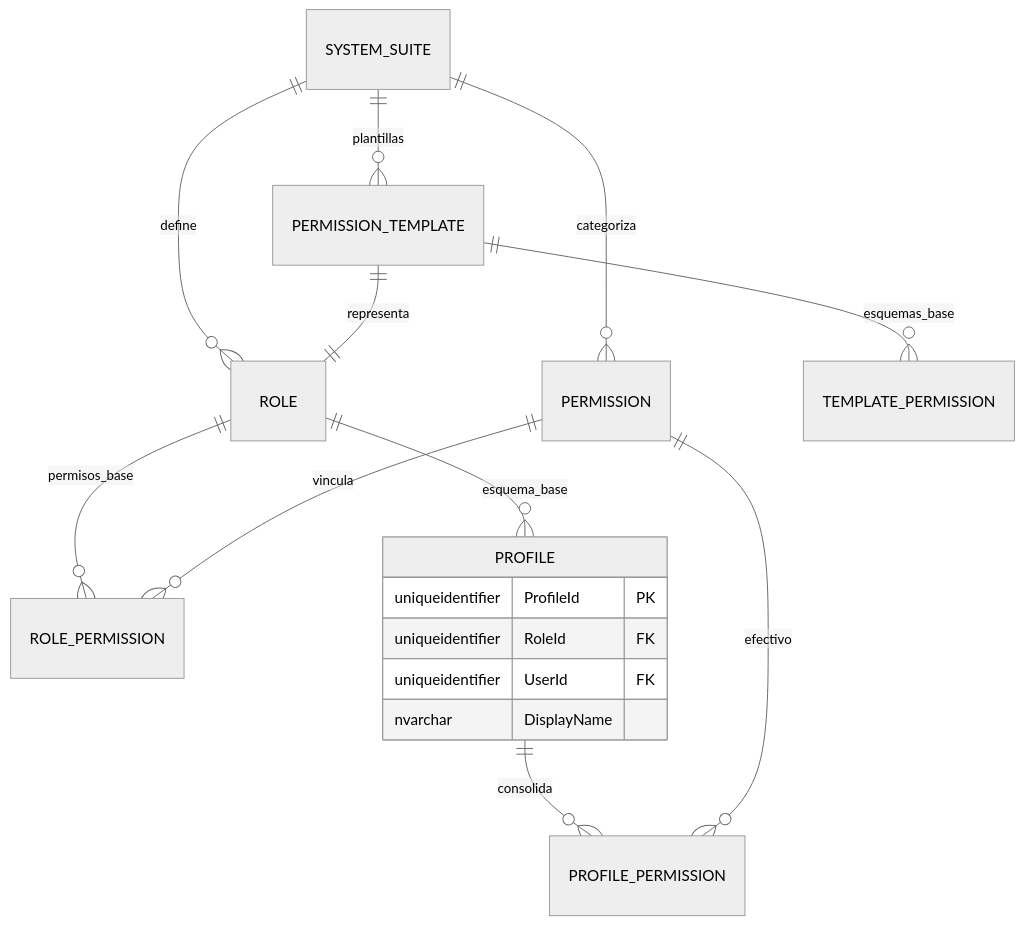
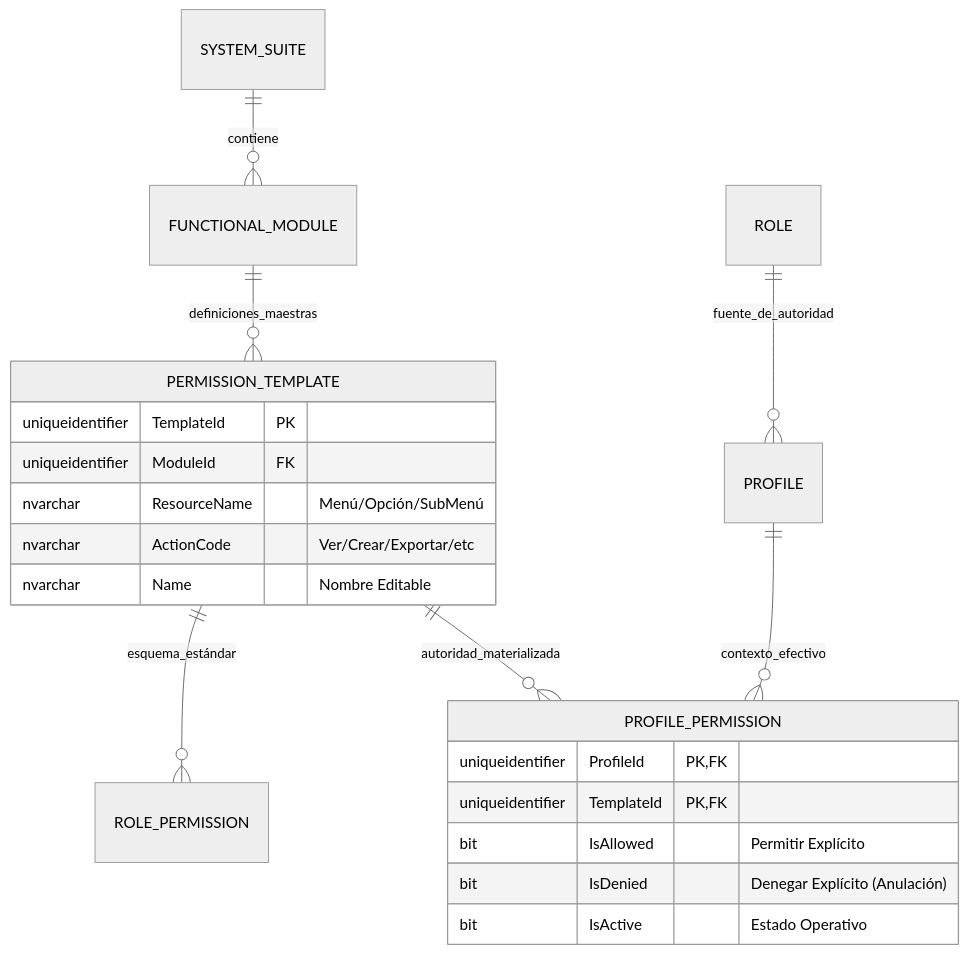
Before and after one commit to beyondnetcode/ums: the second of 4 diagrams in architecture/blueprints-es/database-design-er.md, drawn with Mermaid (neutral theme). The commit also changed other lines of this file and 5 other files, not shown here.

````diff
--- a/architecture/blueprints-es/database-design-er.md
+++ b/architecture/blueprints-es/database-design-er.md
@@ -93,24 +60,27 @@
 ```mermaid
 erDiagram
-    SYSTEM_SUITE ||--o{ ROLE : "define"
-    SYSTEM_SUITE ||--o{ PERMISSION : "categoriza"
-    SYSTEM_SUITE ||--o{ PERMISSION_TEMPLATE : "plantillas"
+    SYSTEM_SUITE ||--o{ FUNCTIONAL_MODULE : "contiene"
+    FUNCTIONAL_MODULE ||--o{ PERMISSION_TEMPLATE : "definiciones_maestras"
     
-    PERMISSION_TEMPLATE ||--o{ TEMPLATE_PERMISSION : "esquemas_base"
-    PERMISSION_TEMPLATE ||--|| ROLE : "representa"
+    PERMISSION_TEMPLATE ||--o{ ROLE_PERMISSION : "esquema_estándar"
+    PERMISSION_TEMPLATE ||--o{ PROFILE_PERMISSION : "autoridad_materializada"
     
-    ROLE ||--o{ ROLE_PERMISSION : "permisos_base"
-    ROLE ||--o{ PROFILE : "esquema_base"
+    PROFILE ||--o{ PROFILE_PERMISSION : "contexto_efectivo"
+    ROLE ||--o{ PROFILE : "fuente_de_autoridad"
     
-    PROFILE ||--o{ PROFILE_PERMISSION : "consolida"
+    PERMISSION_TEMPLATE {
+        uniqueidentifier TemplateId PK
+        uniqueidentifier ModuleId FK
+        nvarchar ResourceName "Menú/Opción/SubMenú"
+        nvarchar ActionCode "Ver/Crear/Exportar/etc"
+        nvarchar Name "Nombre Editable"
+    }
     
-    PERMISSION ||--o{ ROLE_PERMISSION : "vincula"
-    PERMISSION ||--o{ PROFILE_PERMISSION : "efectivo"
-    
-    PROFILE {
-        uniqueidentifier ProfileId PK
-        uniqueidentifier RoleId FK
-        uniqueidentifier UserId FK
-        nvarchar DisplayName
+    PROFILE_PERMISSION {
+        uniqueidentifier ProfileId PK, FK
+        uniqueidentifier TemplateId PK, FK
+        bit IsAllowed "Permitir Explícito"
+        bit IsDenied "Denegar Explícito (Anulación)"
+        bit IsActive "Estado Operativo"
     }
 ```
````
